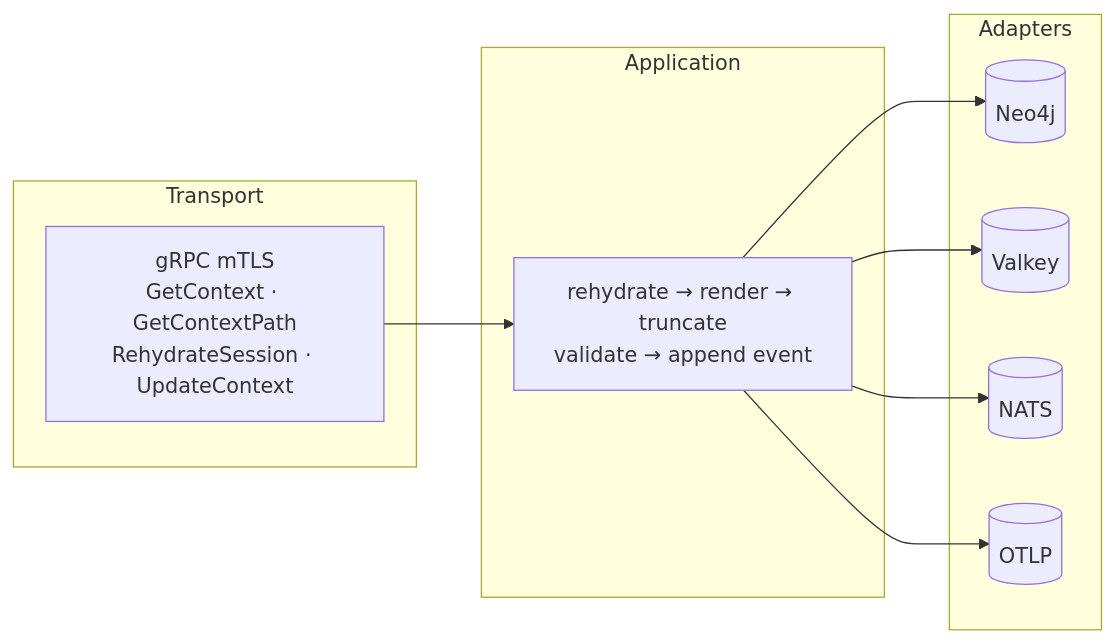
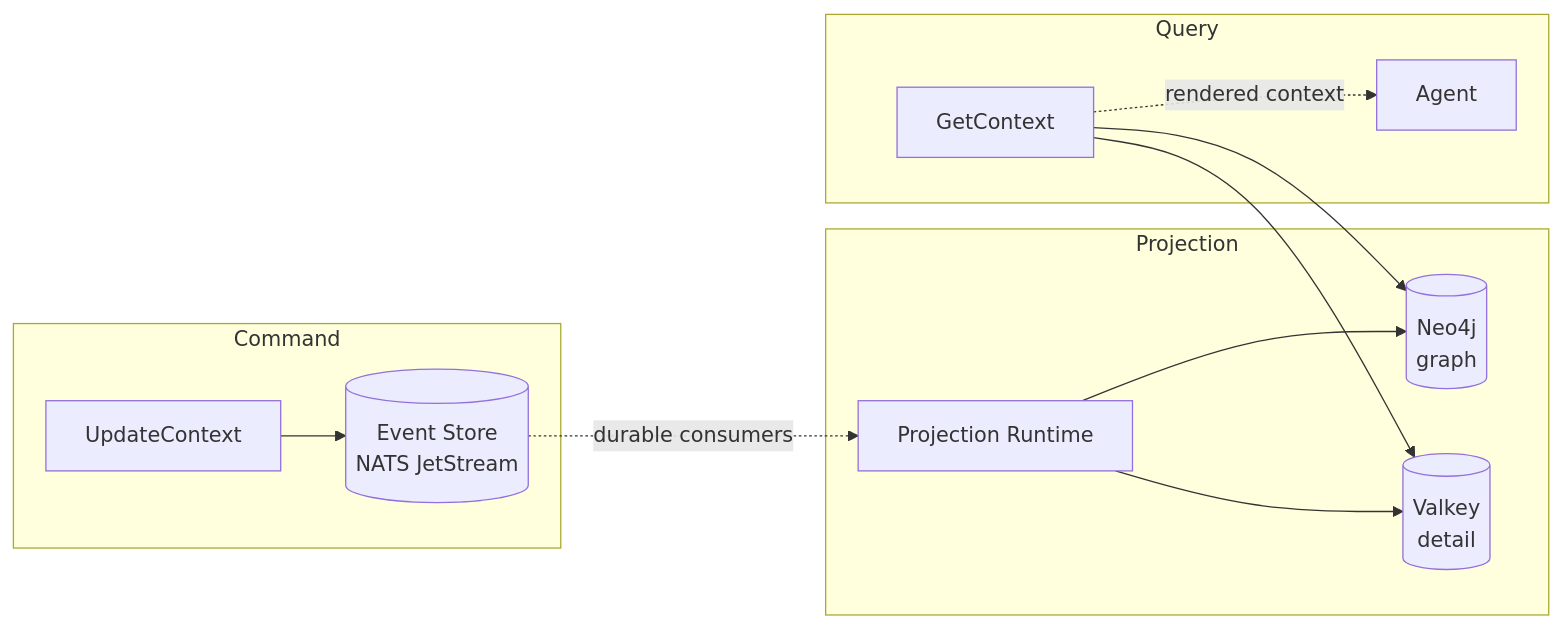
One commit to underpass-ai/rehydration-kernel changed the second of 2 diagrams in README.md. Above: the diagram before and after it, drawn with Mermaid. The commit also changed other lines of this file and 3 other files, not shown here.

First line of the commit message:
Document CQRS + Event Sourcing architecture and NATS JetStream event store

````diff
--- a/README.md
+++ b/README.md
@@ -91,19 +101,18 @@
 ```mermaid
 graph LR
-    subgraph Transport
-        G[gRPC mTLS<br/>GetContext · GetContextPath<br/>RehydrateSession · UpdateContext]
+    subgraph Command
+        UC[UpdateContext] --> ES[(Event Store<br/>NATS JetStream)]
     end
 
-    subgraph Application
-        A[rehydrate → render → truncate<br/>validate → append event]
+    subgraph Projection
+        ES -. durable consumers .-> PR[Projection Runtime]
+        PR --> N4[(Neo4j<br/>graph)]
+        PR --> VK[(Valkey<br/>detail)]
     end
 
-    subgraph Adapters
-        N4[(Neo4j)]
-        VK[(Valkey)]
-        NT[(NATS)]
-        OT[(OTLP)]
+    subgraph Query
+        GC[GetContext] --> N4
+        GC --> VK
+        GC -. rendered context .-> A[Agent]
     end
-
-    G --> A --> N4 & VK & NT & OT
 ```
````
